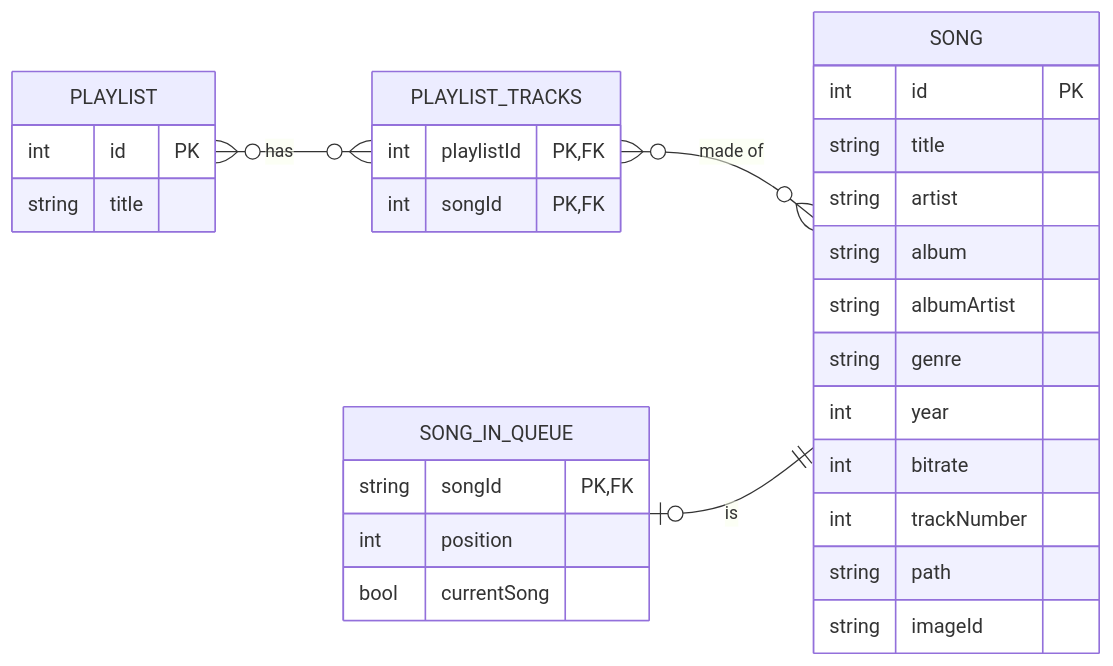
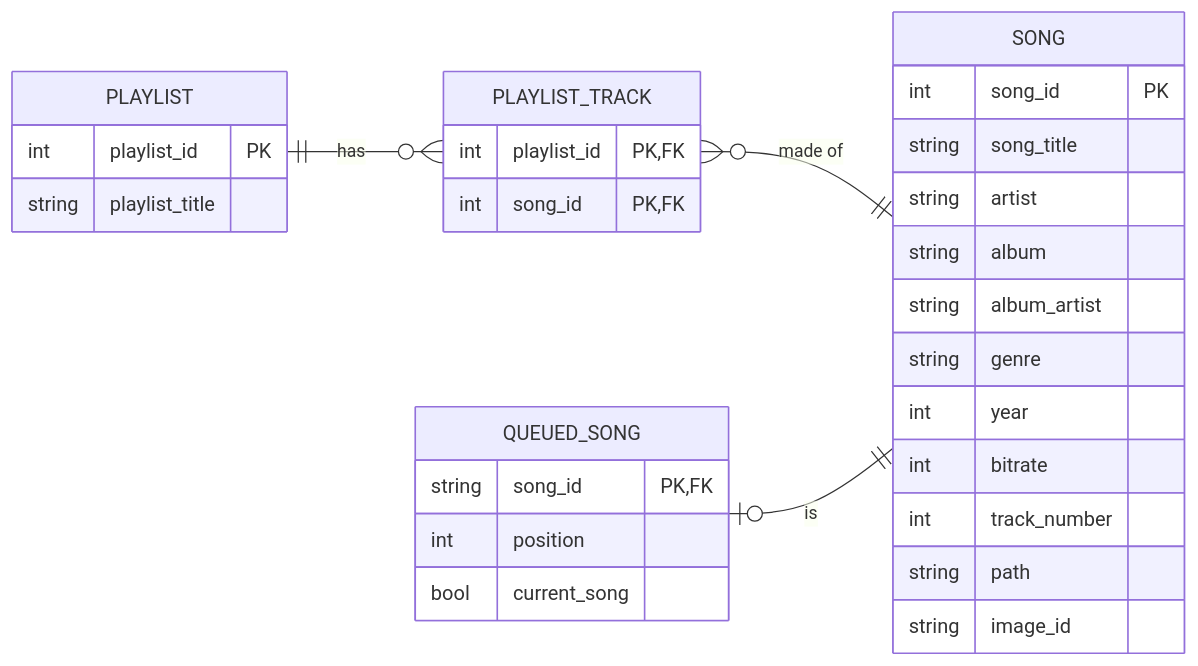
The diagram in resources/mermaid/er-diagram.md (jossue845/On-premise-Music-Player), drawn with Mermaid before and after one commit.

Commit message:
update ER diagram

````diff
--- a/resources/mermaid/er-diagram.md
+++ b/resources/mermaid/er-diagram.md
@@ -1,34 +1,34 @@
 ```mermaid
 erDiagram
     direction LR
     SONG{
-        int id PK
-        string title
+        int song_id PK
+        string song_title
         string artist
         string album
-        string albumArtist
+        string album_artist
         string genre
         int year
         int bitrate
-        int trackNumber
+        int track_number
         string path
-        string imageId
+        string image_id
     }
     PLAYLIST{
-        int id PK
-        string title
+        int playlist_id PK
+        string playlist_title
     }
-    PLAYLIST_TRACKS{
-        int playlistId PK, FK
-        int songId PK, FK
+    PLAYLIST_TRACK{
+        int playlist_id PK, FK
+        int song_id PK, FK
     }
 
-    SONG_IN_QUEUE{
-        string songId PK, FK
+    QUEUED_SONG{
+        string song_id PK, FK
         int position
-        bool currentSong
+        bool current_song
     }
-    PLAYLIST_TRACKS }o--o{ SONG : "made of"
-    PLAYLIST }o--o{ PLAYLIST_TRACKS : "has"
-    SONG_IN_QUEUE o|--|| SONG : "is"
+    PLAYLIST_TRACK }o--|| SONG : "made of"
+    PLAYLIST ||--o{ PLAYLIST_TRACK : "has"
+    QUEUED_SONG o|--|| SONG : "is"
 ```
````
